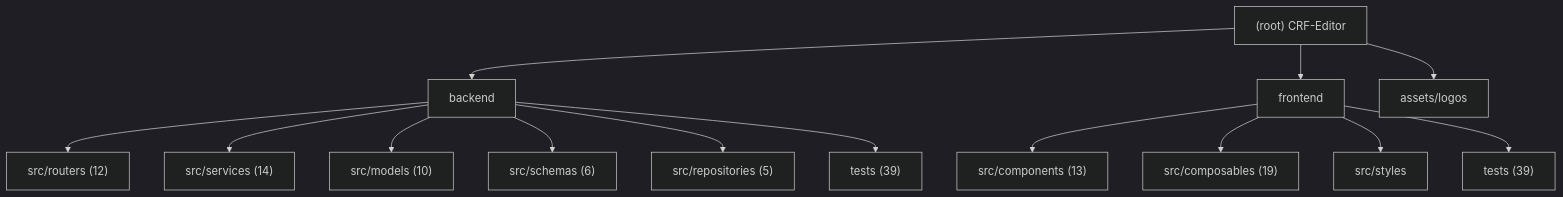
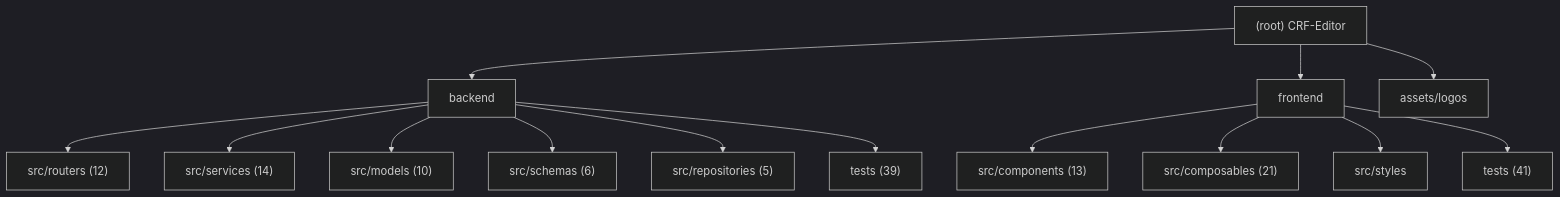
The diagram in .claude/CLAUDE.md (decade6666/CRF-Editor), drawn with Mermaid (dark theme) before and after one commit. The commit also changed other lines of this file and 28 other files, not shown here.

````diff
--- a/.claude/CLAUDE.md
+++ b/.claude/CLAUDE.md
@@ -15,19 +15,19 @@
 ```mermaid
 graph TD
     A["(root) CRF-Editor"] --> B["backend"];
     B --> B1["src/routers (12)"];
     B --> B2["src/services (14)"];
     B --> B3["src/models (10)"];
     B --> B4["src/schemas (6)"];
     B --> B5["src/repositories (5)"];
     B --> B6["tests (39)"];
     A --> C["frontend"];
     C --> C1["src/components (13)"];
-    C --> C2["src/composables (19)"];
+    C --> C2["src/composables (21)"];
     C --> C3["src/styles"];
-    C --> C4["tests (39)"];
+    C --> C4["tests (41)"];
     A --> D["assets/logos"];
 
     click B "./backend/.claude/CLAUDE.md" "View backend module docs"
     click C "./frontend/.claude/CLAUDE.md" "View frontend module docs"
 ```
````
